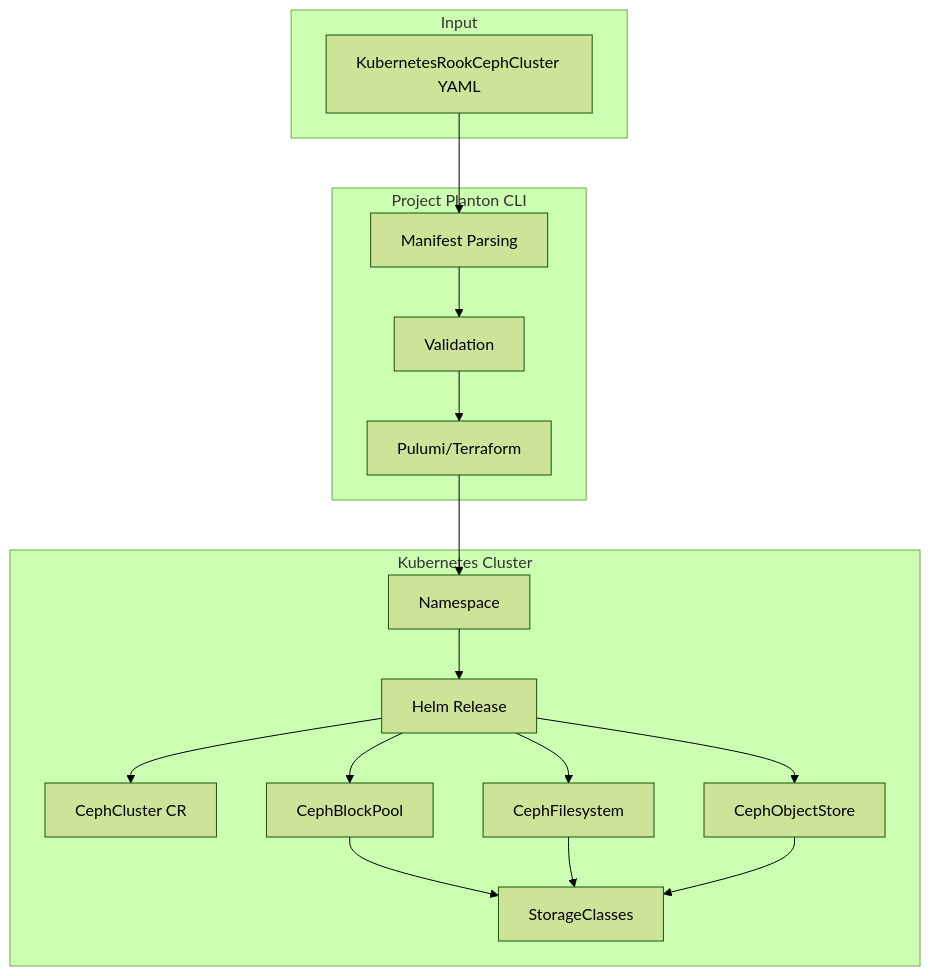
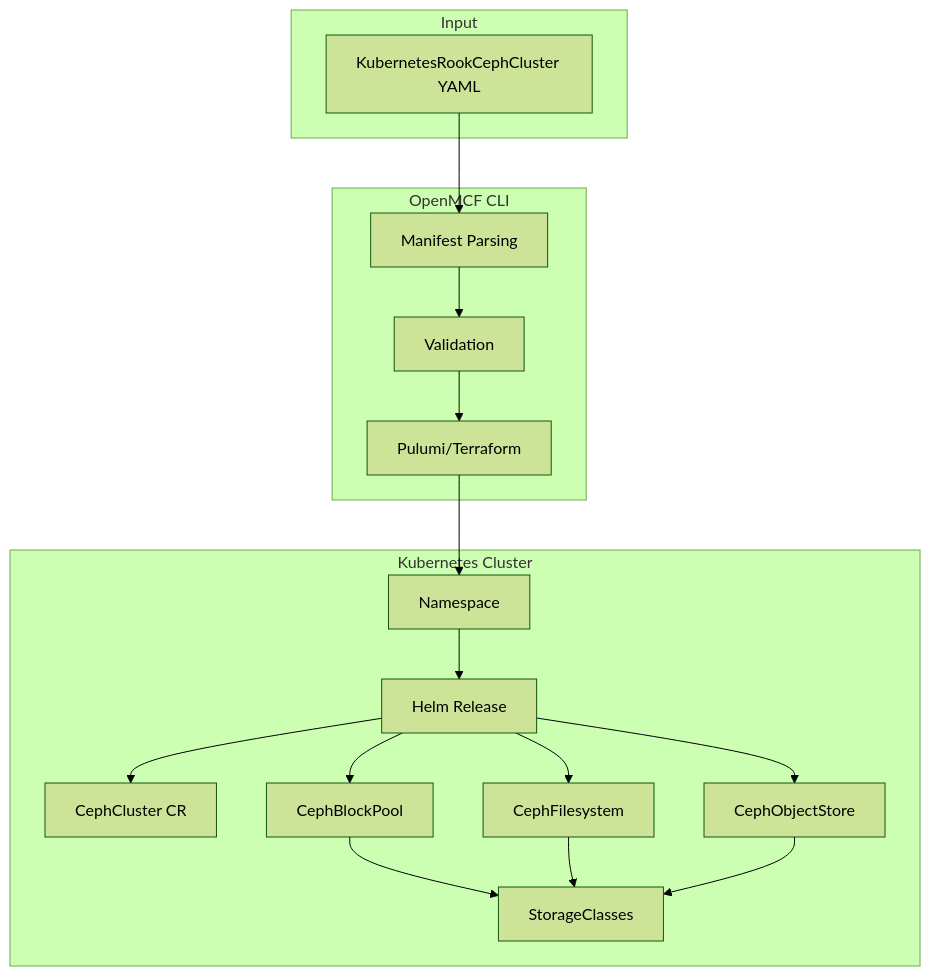
Before and after one commit to plantonhq/openmcf: the first of 2 diagrams in _changelog/2026-01/2026-01-23-232758-kubernetes-rook-ceph-cluster-component.md, drawn with Mermaid (forest theme). The commit also changed other lines of this file and 11262 other files, not shown here.

````diff
--- a/_changelog/2026-01/2026-01-23-232758-kubernetes-rook-ceph-cluster-component.md
+++ b/_changelog/2026-01/2026-01-23-232758-kubernetes-rook-ceph-cluster-component.md
@@ -27,32 +27,32 @@
 ```mermaid
 flowchart TB
     subgraph Input
         A[KubernetesRookCephCluster YAML]
     end
     
-    subgraph "Project Planton CLI"
+    subgraph "OpenMCF CLI"
         B[Manifest Parsing]
         C[Validation]
         D[Pulumi/Terraform]
     end
     
     subgraph "Kubernetes Cluster"
         E[Namespace]
         F[Helm Release]
         G[CephCluster CR]
         H[CephBlockPool]
         I[CephFilesystem]
         J[CephObjectStore]
         K[StorageClasses]
     end
     
     A --> B --> C --> D
     D --> E --> F
     F --> G
     F --> H
     F --> I
     F --> J
     H --> K
     I --> K
     J --> K
 ```
````
